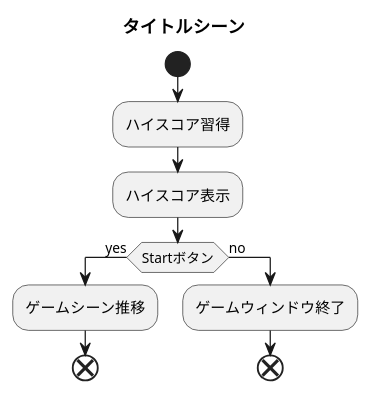
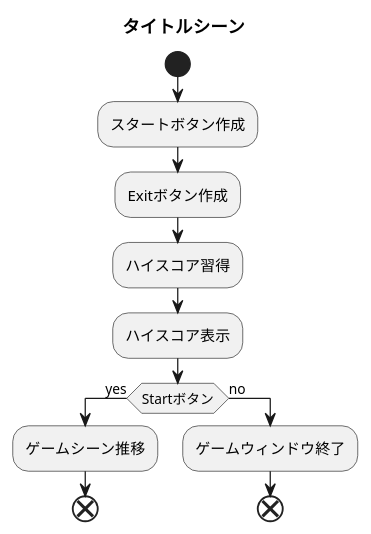
Before and after one commit to kanicha/algorithm-gameCreate: the second of 13 diagrams in Assets/UnityScene/Resources/text/PlantUML(フンコロガシくん、がんばる).wsd, drawn with PlantUML. The commit also changed 8 other files, not shown here.

```diff
--- a/Assets/UnityScene/Resources/text/PlantUML(フンコロガシくん、がんばる).wsd
+++ b/Assets/UnityScene/Resources/text/PlantUML(フンコロガシくん、がんばる).wsd
@@ -13,12 +13,14 @@
 @startuml
 title タイトルシーン
 start
+:スタートボタン作成;
+:Exitボタン作成;
 :ハイスコア習得;
 :ハイスコア表示;
 if (Startボタン) then (yes)
 :ゲームシーン推移;
 end
 else (no)
 :ゲームウィンドウ終了;
 end
 @enduml
```
